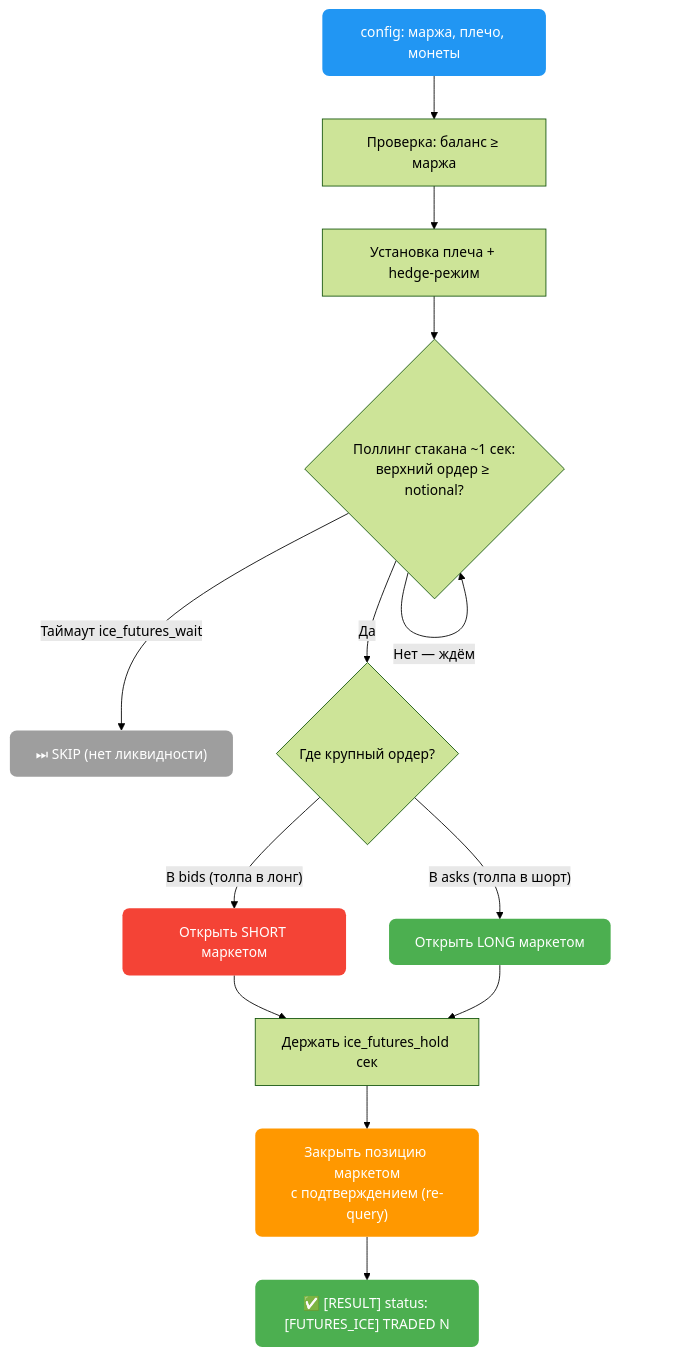
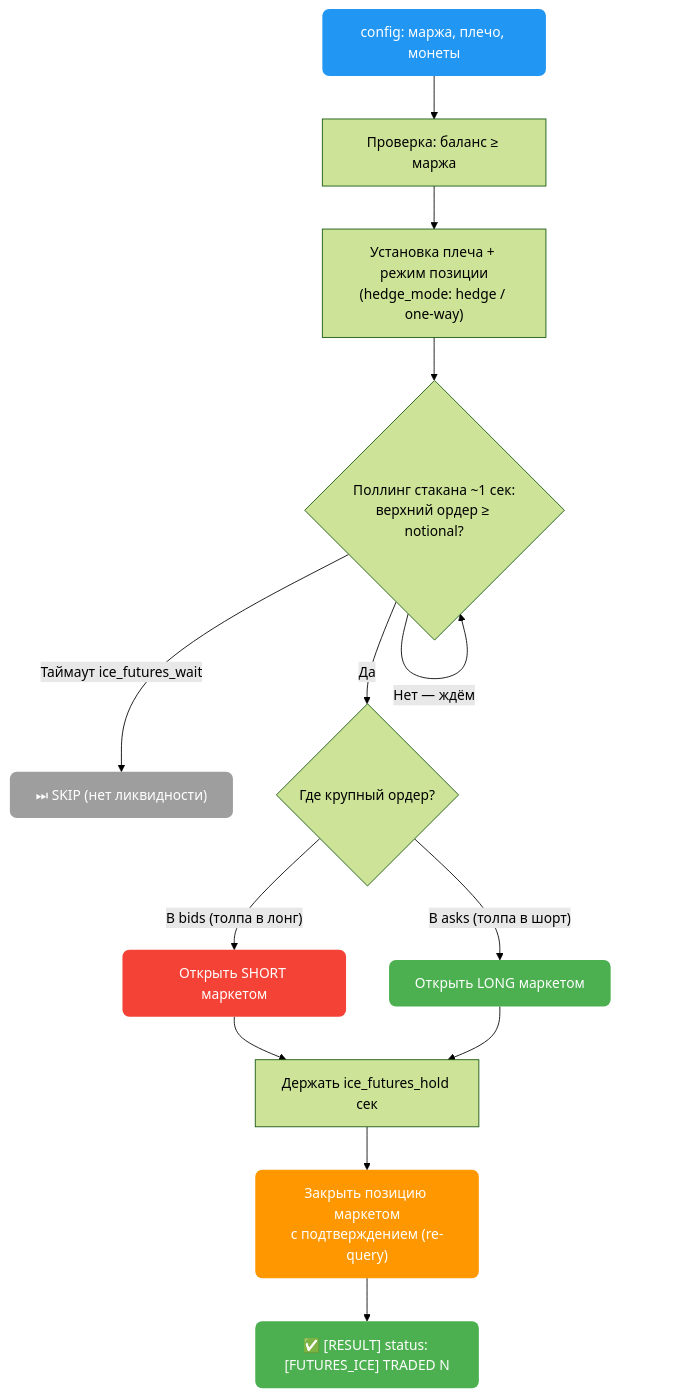
The second of 4 diagrams in src/content/docs/exchanges/bybit-autopilot/ice.md (AutoPilotSoftware/docs), drawn with Mermaid (forest theme) before and after one commit. The commit also changed other lines of this file, not shown here.

First line of the commit message:
docs(bybit): explain "fade" for beginners + document hedge_mode flag

````diff
--- a/src/content/docs/exchanges/bybit-autopilot/ice.md
+++ b/src/content/docs/exchanges/bybit-autopilot/ice.md
@@ -99,21 +128,21 @@
 ```mermaid
 flowchart TD
     A["config: маржа, плечо, монеты"] --> B["Проверка: баланс ≥ маржа"]
-    B --> C["Установка плеча + hedge-режим"]
+    B --> C["Установка плеча + режим позиции<br/>(hedge_mode: hedge / one-way)"]
     C --> D{"Поллинг стакана ~1 сек:<br/>верхний ордер ≥ notional?"}
     D -- "Нет — ждём" --> D
     D -- "Таймаут ice_futures_wait" --> X["⏭ SKIP (нет ликвидности)"]
     D -- "Да" --> E{"Где крупный ордер?"}
     E -- "В bids (толпа в лонг)" --> F["Открыть SHORT маркетом"]
     E -- "В asks (толпа в шорт)" --> G["Открыть LONG маркетом"]
     F --> H["Держать ice_futures_hold сек"]
     G --> H
     H --> I["Закрыть позицию маркетом<br/>с подтверждением (re-query)"]
     I --> J["✅ [RESULT] status: [FUTURES_ICE] TRADED N"]
     style A fill:#2196F3,color:#fff,stroke:none,rx:8
     style F fill:#f44336,color:#fff,stroke:none,rx:8
     style G fill:#4CAF50,color:#fff,stroke:none,rx:8
     style I fill:#FF9800,color:#fff,stroke:none,rx:8
     style J fill:#4CAF50,color:#fff,stroke:none,rx:8
     style X fill:#9E9E9E,color:#fff,stroke:none,rx:8
 ```
````
